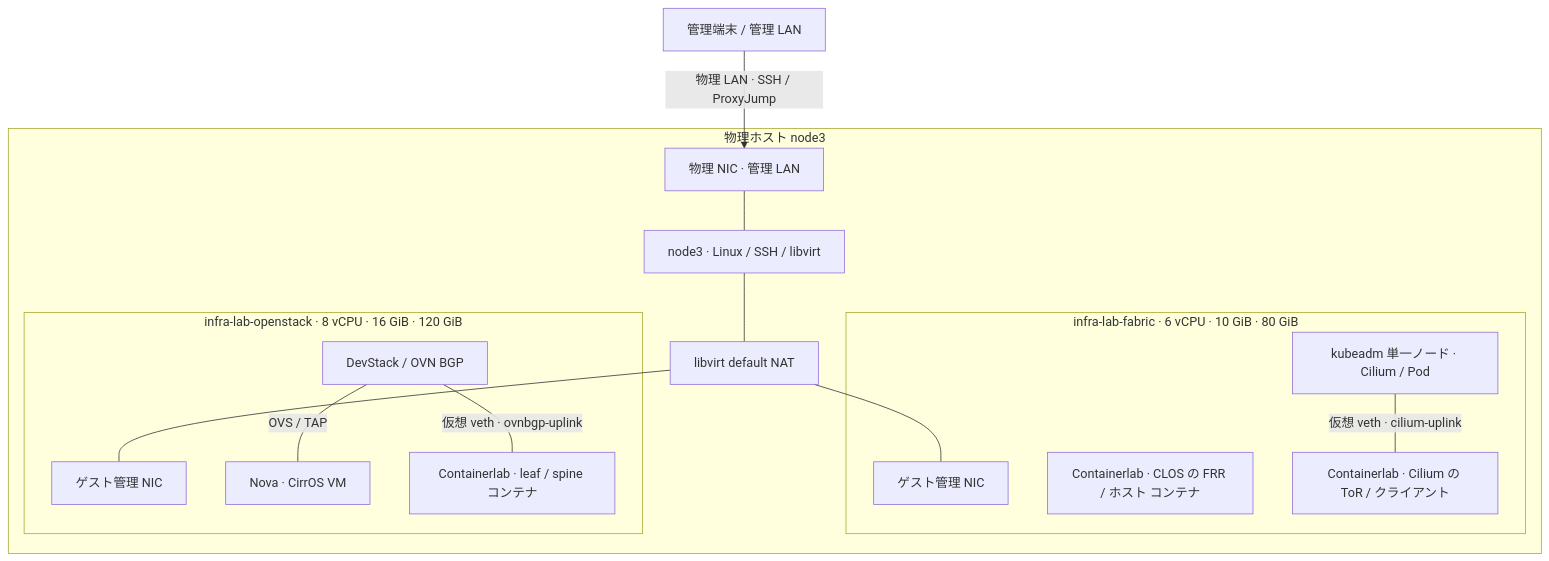
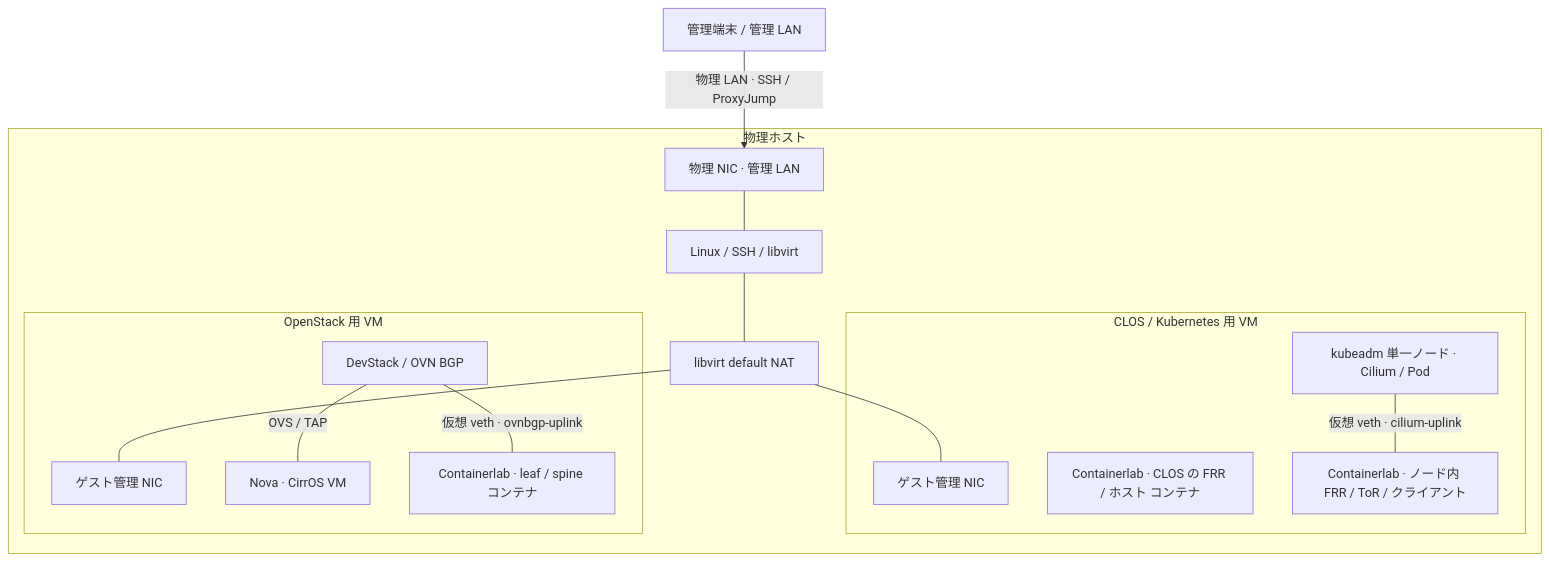
The diagram in common/README.md (sugaf1204/infra-lab), drawn with Mermaid before and after one commit. The commit also changed 19 other files, not shown here.

````diff
--- a/common/README.md
+++ b/common/README.md
@@ -14,29 +14,29 @@
 ```mermaid
 flowchart TB
     ADMIN["管理端末 / 管理 LAN"]
-    subgraph NODE3["物理ホスト node3"]
+    subgraph HOST_BOUNDARY["物理ホスト"]
         NIC["物理 NIC · 管理 LAN"]
-        HOST["node3 · Linux / SSH / libvirt"]
+        HOST["Linux / SSH / libvirt"]
         NAT["libvirt default NAT"]
-        subgraph FABRIC["infra-lab-fabric · 6 vCPU · 10 GiB · 80 GiB"]
+        subgraph FABRIC["CLOS / Kubernetes 用 VM"]
             FM["ゲスト管理 NIC"]
             CLOS["Containerlab · CLOS の FRR / ホスト コンテナ"]
             K8S["kubeadm 単一ノード · Cilium / Pod"]
-            TOR["Containerlab · Cilium の ToR / クライアント"]
+            TOR["Containerlab · ノード内 FRR / ToR / クライアント"]
             K8S ---|"仮想 veth · cilium-uplink"| TOR
         end
-        subgraph OPENSTACK["infra-lab-openstack · 8 vCPU · 16 GiB · 120 GiB"]
+        subgraph OPENSTACK["OpenStack 用 VM"]
             OM["ゲスト管理 NIC"]
             OVN["DevStack / OVN BGP"]
             CIRROS["Nova · CirrOS VM"]
             OPENSTACK_FRR["Containerlab · leaf / spine コンテナ"]
             OVN ---|"OVS / TAP"| CIRROS
             OVN ---|"仮想 veth · ovnbgp-uplink"| OPENSTACK_FRR
         end
         NIC --- HOST
         HOST --- NAT
         NAT --- FM
         NAT --- OM
     end
     ADMIN -->|"物理 LAN · SSH / ProxyJump"| NIC
 ```
````
